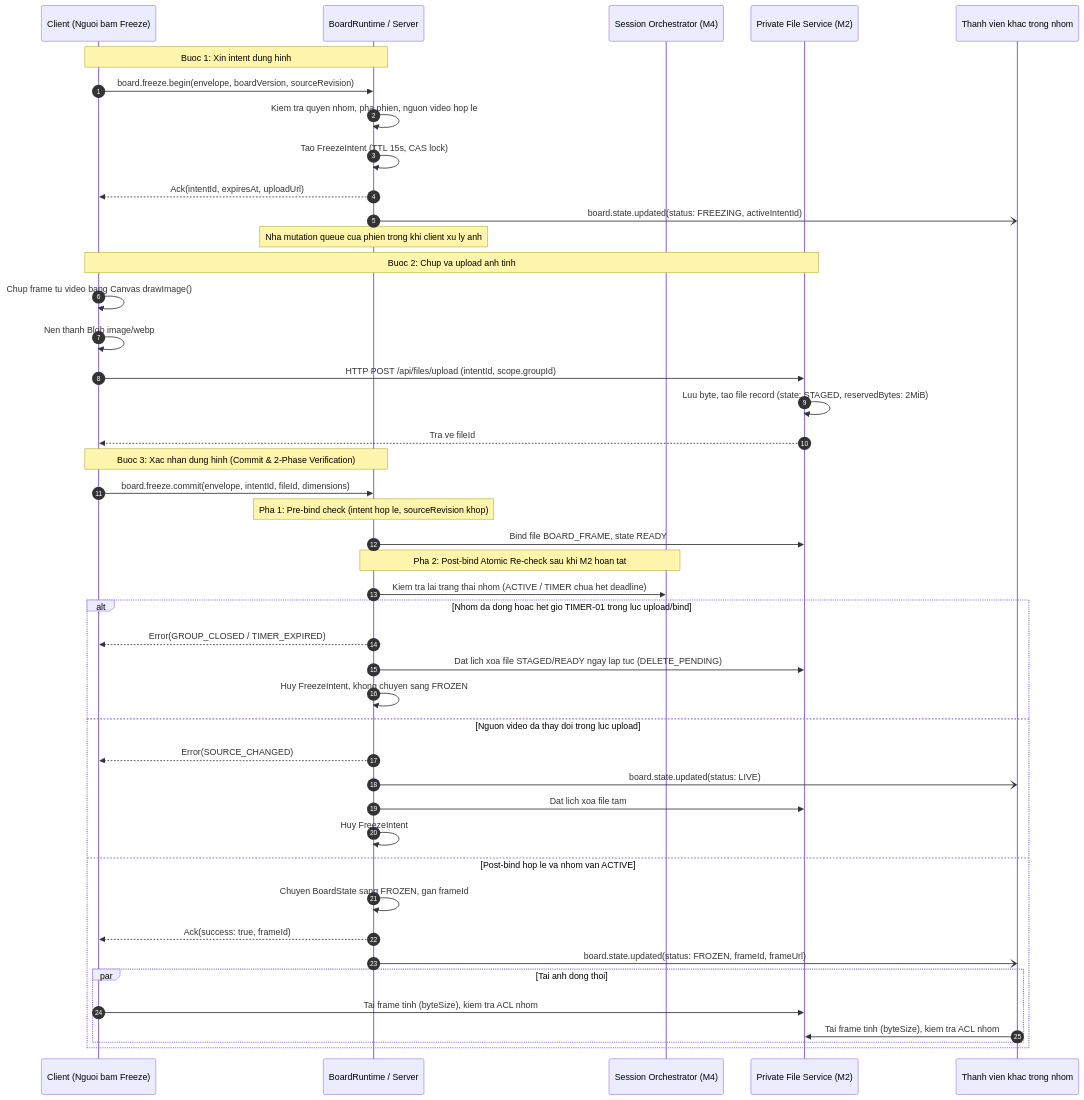
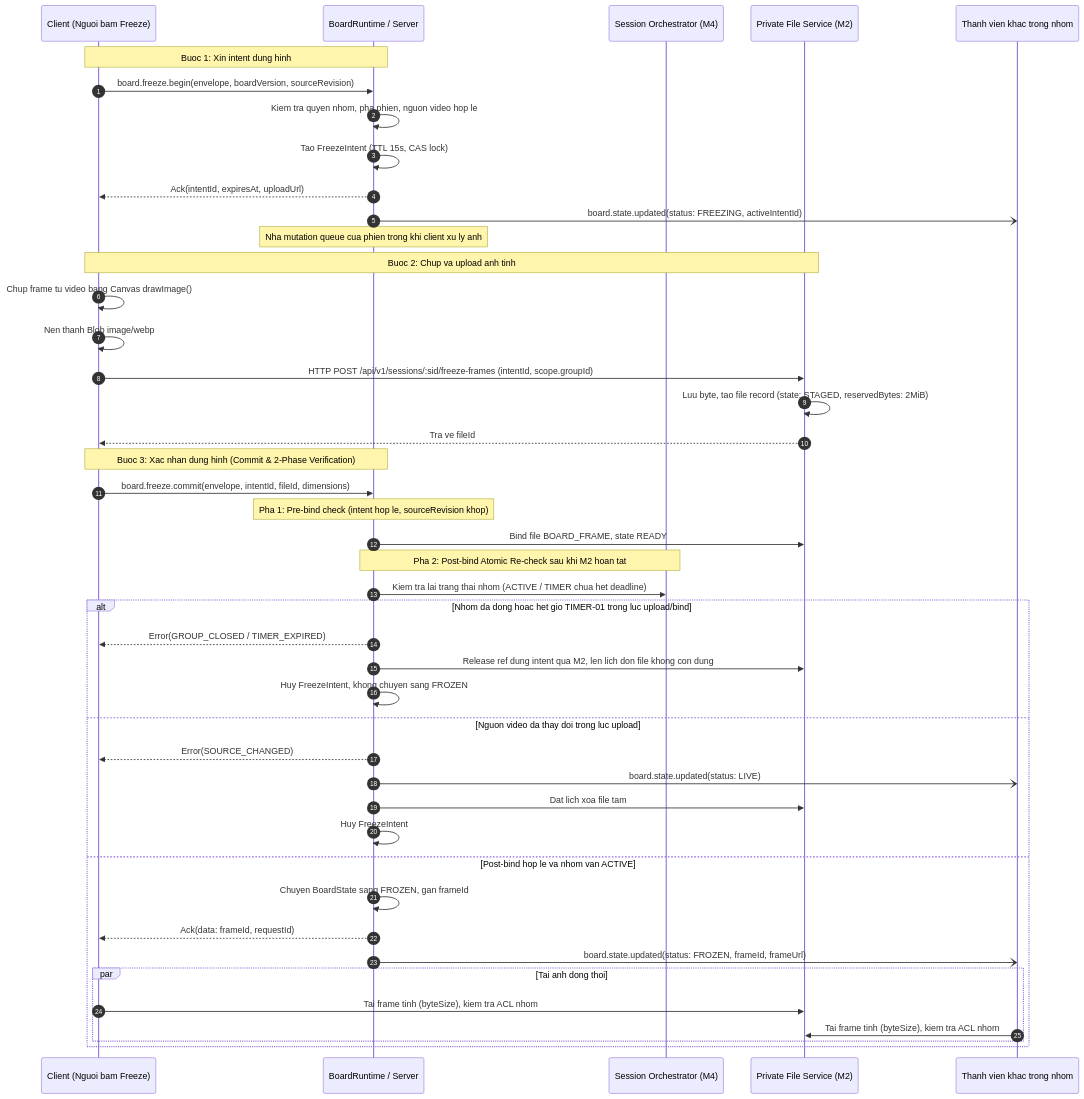
One commit to Lightning1507/CoLearnia changed the fifth of 12 diagrams in docs/proposals/m5-board.md. Above: the diagram before and after it, drawn with Mermaid. The commit also changed other lines of this file and 21 other files, not shown here.

````diff
--- a/docs/proposals/m5-board.md
+++ b/docs/proposals/m5-board.md
@@ -533,49 +552,49 @@
 ```mermaid
 sequenceDiagram
   autonumber
   participant C as Client (Nguoi bam Freeze)
   participant S as BoardRuntime / Server
   participant M4 as Session Orchestrator (M4)
   participant F as Private File Service (M2)
   participant G as Thanh vien khac trong nhom
 
   Note over C,S: Buoc 1: Xin intent dung hinh
   C->>S: board.freeze.begin(envelope, boardVersion, sourceRevision)
   S->>S: Kiem tra quyen nhom, pha phien, nguon video hop le
   S->>S: Tao FreezeIntent (TTL 15s, CAS lock)
   S-->>C: Ack(intentId, expiresAt, uploadUrl)
   S-)G: board.state.updated(status: FREEZING, activeIntentId)
   Note over S: Nha mutation queue cua phien trong khi client xu ly anh
 
   Note over C,F: Buoc 2: Chup va upload anh tinh
   C->>C: Chup frame tu video bang Canvas drawImage()
   C->>C: Nen thanh Blob image/webp
-  C->>F: HTTP POST /api/files/upload (intentId, scope.groupId)
+  C->>F: HTTP POST /api/v1/sessions/:sid/freeze-frames (intentId, scope.groupId)
   F->>F: Luu byte, tao file record (state: STAGED, reservedBytes: 2MiB)
   F-->>C: Tra ve fileId
 
   Note over C,S: Buoc 3: Xac nhan dung hinh (Commit & 2-Phase Verification)
   C->>S: board.freeze.commit(envelope, intentId, fileId, dimensions)
   Note over S: Pha 1: Pre-bind check (intent hop le, sourceRevision khop)
   S->>F: Bind file BOARD_FRAME, state READY
   Note over S,M4: Pha 2: Post-bind Atomic Re-check sau khi M2 hoan tat
   S->>M4: Kiem tra lai trang thai nhom (ACTIVE / TIMER chua het deadline)
   alt Nhom da dong hoac het gio TIMER-01 trong luc upload/bind
     S-->>C: Error(GROUP_CLOSED / TIMER_EXPIRED)
-    S->>F: Dat lich xoa file STAGED/READY ngay lap tuc (DELETE_PENDING)
+    S->>F: Release ref dung intent qua M2, len lich don file khong con dung
     S->>S: Huy FreezeIntent, khong chuyen sang FROZEN
   else Nguon video da thay doi trong luc upload
     S-->>C: Error(SOURCE_CHANGED)
     S-)G: board.state.updated(status: LIVE)
     S->>F: Dat lich xoa file tam
     S->>S: Huy FreezeIntent
   else Post-bind hop le va nhom van ACTIVE
     S->>S: Chuyen BoardState sang FROZEN, gan frameId
-    S-->>C: Ack(success: true, frameId)
+    S-->>C: Ack(data: frameId, requestId)
     S-)G: board.state.updated(status: FROZEN, frameId, frameUrl)
     par Tai anh dong thoi
       C->>F: Tai frame tinh (byteSize), kiem tra ACL nhom
       G->>F: Tai frame tinh (byteSize), kiem tra ACL nhom
     end
   end
 ```
````
